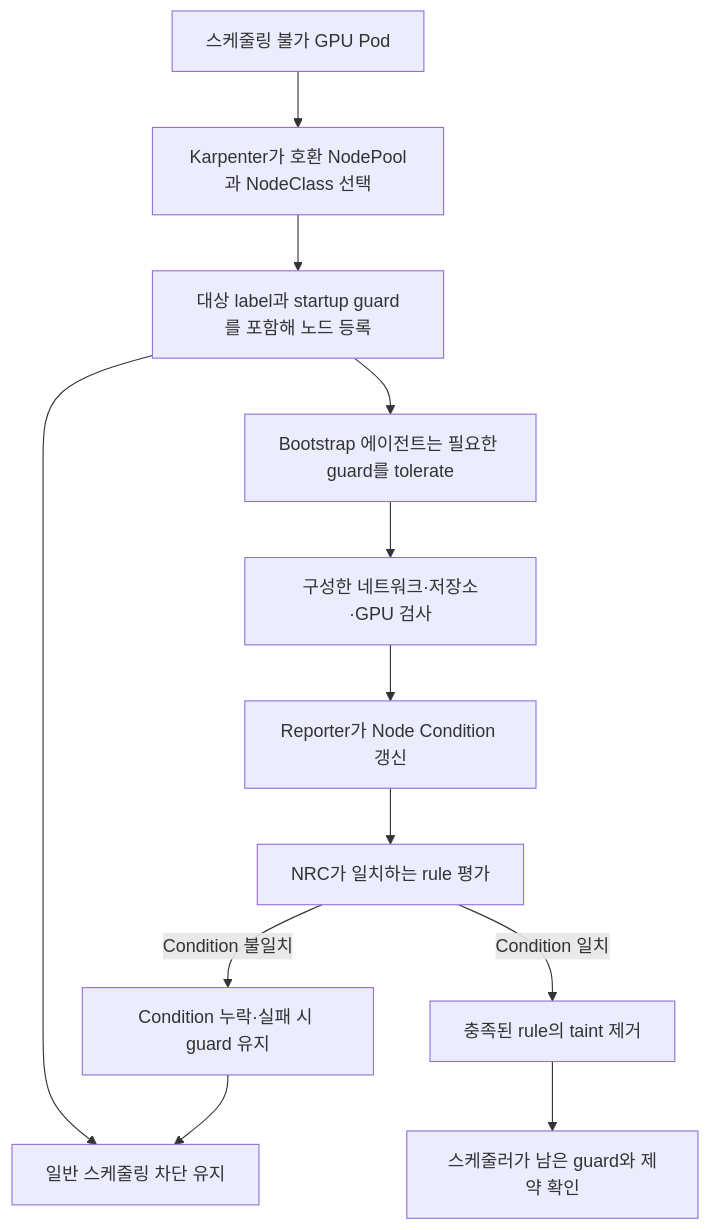
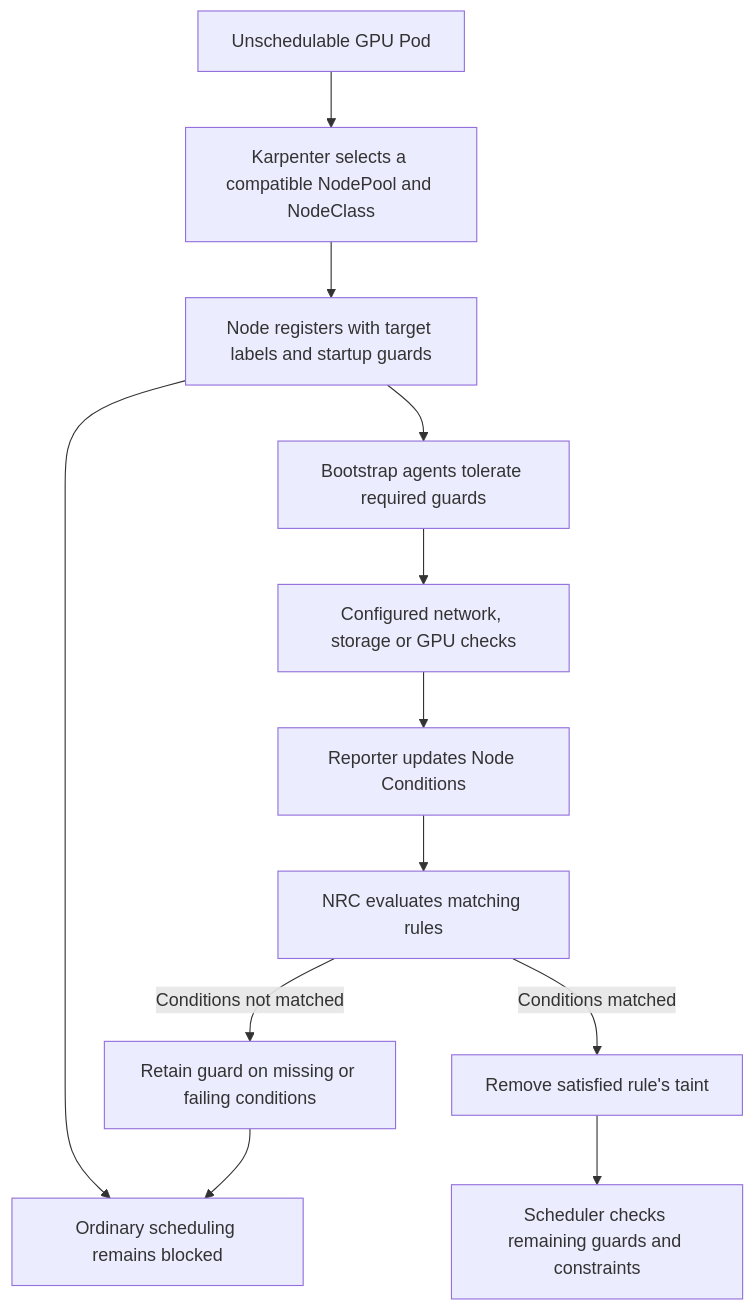
One commit to devfloor9/engineering-playbook changed diagram 12 of 12 in docs/eks-best-practices/operations-reliability/eks-pod-scheduling-availability.md. Above: the diagram before and after it, drawn with Mermaid. The commit also changed other lines of this file and 954 other files, not shown here.

````diff
--- a/docs/eks-best-practices/operations-reliability/eks-pod-scheduling-availability.md
+++ b/docs/eks-best-practices/operations-reliability/eks-pod-scheduling-availability.md
@@ -4995,20 +5002,20 @@
 ```mermaid
 flowchart TB
-    PENDING["스케줄링 불가 GPU Pod"]
-    KARP["Karpenter가 호환 NodePool과 NodeClass 선택"]
-    REGISTER["대상 label과 startup guard를 포함해 노드 등록"]
-    BLOCK["일반 스케줄링 차단 유지"]
-    AGENT["Bootstrap 에이전트는 필요한 guard를 tolerate"]
-    CHECKS["구성한 네트워크·저장소·GPU 검사"]
-    CONDITIONS["Reporter가 Node Condition 갱신"]
-    NRC["NRC가 일치하는 rule 평가"]
-    KEEP["Condition 누락·실패 시 guard 유지"]
-    REMOVE["충족된 rule의 taint 제거"]
-    SCHEDULE["스케줄러가 남은 guard와 제약 확인"]
+    PENDING["Unschedulable GPU Pod"]
+    KARP["Karpenter selects a compatible NodePool and NodeClass"]
+    REGISTER["Node registers with target labels and startup guards"]
+    BLOCK["Ordinary scheduling remains blocked"]
+    AGENT["Bootstrap agents tolerate required guards"]
+    CHECKS["Configured network, storage or GPU checks"]
+    CONDITIONS["Reporter updates Node Conditions"]
+    NRC["NRC evaluates matching rules"]
+    KEEP["Retain guard on missing or failing conditions"]
+    REMOVE["Remove satisfied rule's taint"]
+    SCHEDULE["Scheduler checks remaining guards and constraints"]
     PENDING --> KARP --> REGISTER
     REGISTER --> BLOCK
     REGISTER --> AGENT --> CHECKS --> CONDITIONS --> NRC
-    NRC -->|Condition 불일치| KEEP
-    NRC -->|Condition 일치| REMOVE --> SCHEDULE
+    NRC -->|Conditions not matched| KEEP
+    NRC -->|Conditions matched| REMOVE --> SCHEDULE
     KEEP --> BLOCK
 ```
````
